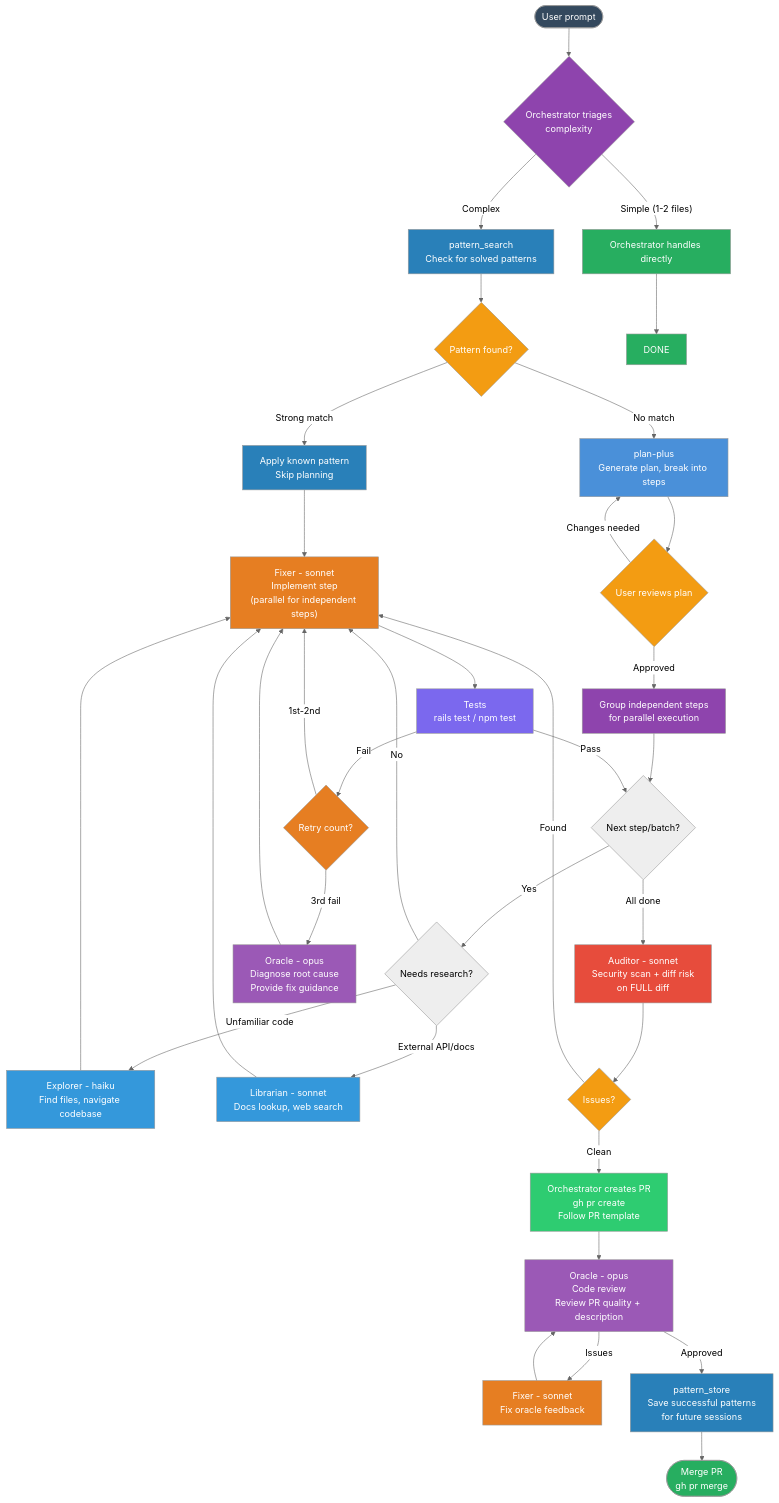
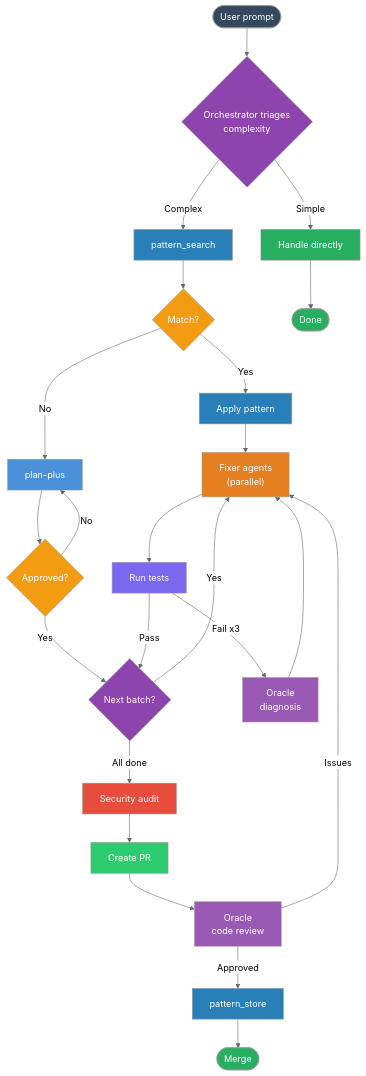
The diagram in README.md (helmiatwork/lean-flow), drawn with Mermaid (neutral theme) before and after one commit. The commit also changed other lines of this file, not shown here.

````diff
--- a/README.md
+++ b/README.md
@@ -15,64 +78,41 @@
     USER(["User prompt"]) --> TRIAGE
 
     TRIAGE{"Orchestrator triages\ncomplexity"}
-    TRIAGE -->|"Simple (1-2 files)"| DIRECT["Orchestrator handles directly"]
+    TRIAGE -->|"Simple"| DIRECT["Handle directly"]
     TRIAGE -->|"Complex"| MEMORY
 
-    MEMORY["pattern_search\nCheck for solved patterns"] --> FOUND
+    MEMORY["pattern_search"] --> FOUND
 
-    FOUND{"Pattern found?"}
-    FOUND -->|"Strong match"| ADAPT["Apply known pattern\nSkip planning"]
-    FOUND -->|"No match"| PP
+    FOUND{"Match?"}
+    FOUND -->|"Yes"| ADAPT["Apply pattern"]
+    FOUND -->|"No"| PP
 
     ADAPT --> FIX
-    DIRECT --> DONE
+    DIRECT --> DONE(["Done"])
 
-    PP["plan-plus\nGenerate plan, break into steps"] --> REVIEW
+    PP["plan-plus"] --> REVIEW
 
-    REVIEW{"User reviews plan"}
-    REVIEW -->|"Changes needed"| PP
-    REVIEW -->|"Approved"| GROUP
+    REVIEW{"Approved?"}
+    REVIEW -->|"No"| PP
+    REVIEW -->|"Yes"| STEP
 
-    GROUP["Group independent steps\nfor parallel execution"] --> STEP
-
-    STEP{"Next step/batch?"}
-    STEP -->|"Yes"| RESEARCH{"Needs research?"}
+    STEP{"Next batch?"}
+    STEP -->|"Yes"| FIX
     STEP -->|"All done"| AUDIT
 
-    RESEARCH -->|"Unfamiliar code"| EXP["Explorer - haiku\nFind files, navigate codebase"]
-    RESEARCH -->|"External API/docs"| LIB["Librarian - sonnet\nDocs lookup, web search"]
-    RESEARCH -->|"No"| FIX
+    FIX["Fixer agents\n(parallel)"] --> TEST
 
-    EXP --> FIX
-    LIB --> FIX
-
-    FIX["Fixer - sonnet\nImplement step\n(parallel for independent steps)"] --> TEST
-
-    TEST["Tests\nrails test / npm test"]
-    TEST -->|"Fail"| RETRY{"Retry count?"}
-    RETRY -->|"1st-2nd"| FIX
-    RETRY -->|"3rd fail"| ESCALATE["Oracle - opus\nDiagnose root cause\nProvide fix guidance"]
-    ESCALATE --> FIX
+    TEST["Run tests"]
+    TEST -->|"Fail x3"| ORACLE["Oracle\ndiagnosis"]
+    ORACLE --> FIX
     TEST -->|"Pass"| STEP
 
-    AUDIT["Auditor - sonnet\nSecurity scan + diff risk\non FULL diff"] --> CLEAN
+    AUDIT["Security audit"] --> PR
+    PR["Create PR"] --> REVIEW_PR["Oracle\ncode review"]
+    REVIEW_PR -->|"Issues"| FIX
+    REVIEW_PR -->|"Approved"| LEARN
 
-    CLEAN{"Issues?"}
-    CLEAN -->|"Found"| FIX
-    CLEAN -->|"Clean"| PR
-
-    PR["Orchestrator creates PR\ngh pr create\nFollow PR template"] --> ORACLE
-
-    ORACLE["Oracle - opus\nCode review\nReview PR quality + description"]
-
-    ORACLE -->|"Issues"| FIXPR["Fixer - sonnet\nFix oracle feedback"]
-    ORACLE -->|"Approved"| LEARN
-
-    FIXPR --> ORACLE
-
-    LEARN["pattern_store\nSave successful patterns\nfor future sessions"] --> MERGE
-
-    MERGE(["Merge PR\ngh pr merge"])
+    LEARN["pattern_store"] --> MERGE(["Merge"])
 
     style USER fill:#34495E,color:#fff
     style TRIAGE fill:#8E44AD,color:#fff
@@ -82,19 +122,14 @@
     style DIRECT fill:#27AE60,color:#fff
     style PP fill:#4A90D9,color:#fff
     style REVIEW fill:#F39C12,color:#fff
-    style GROUP fill:#8E44AD,color:#fff
     style FIX fill:#E67E22,color:#fff
-    style FIXPR fill:#E67E22,color:#fff
     style TEST fill:#7B68EE,color:#fff
     style AUDIT fill:#E74C3C,color:#fff
     style PR fill:#2ECC71,color:#fff
+    style REVIEW_PR fill:#9B59B6,color:#fff
     style ORACLE fill:#9B59B6,color:#fff
     style LEARN fill:#2980B9,color:#fff
     style MERGE fill:#27AE60,color:#fff
-    style EXP fill:#3498DB,color:#fff
-    style LIB fill:#3498DB,color:#fff
     style DONE fill:#27AE60,color:#fff
-    style RETRY fill:#E67E22,color:#fff
-    style ESCALATE fill:#9B59B6,color:#fff
-    style CLEAN fill:#F39C12,color:#fff
+    style STEP fill:#8E44AD,color:#fff
 ```
````
